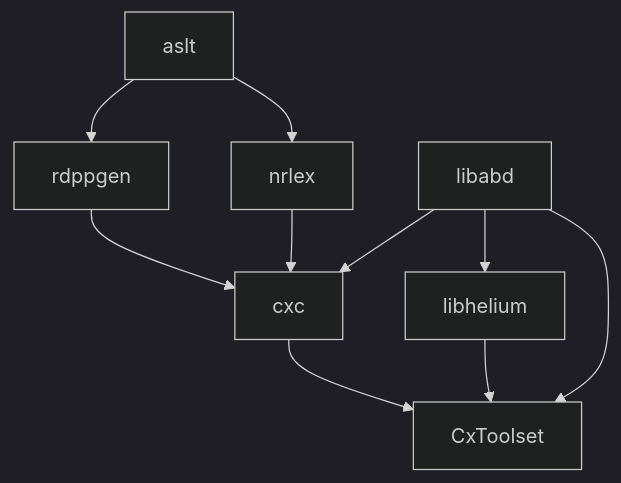
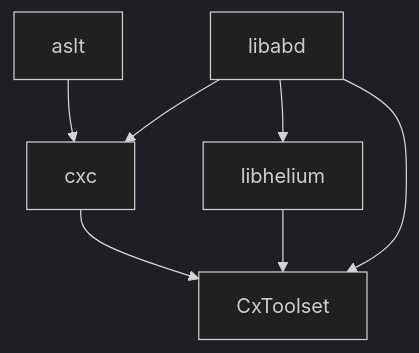
One commit to iamkky/cxtest changed the diagram in README.md. Above: the diagram before and after it, drawn with Mermaid (dark theme). The commit also changed 4 other files, not shown here.

````diff
--- a/README.md
+++ b/README.md
@@ -7,12 +7,9 @@
 ```mermaid
 graph TD;
-	aslt-->rdppgen;
-	aslt-->nrlex;
-	rdppgen-->cxc;
-	nrlex-->cxc;
+	aslt-->cxc
 	libabd-->cxc
 	libabd-->libhelium;
 	cxc-->CxToolset;
 	libhelium-->CxToolset;
 	libabd-->CxToolset;
 ```
````
